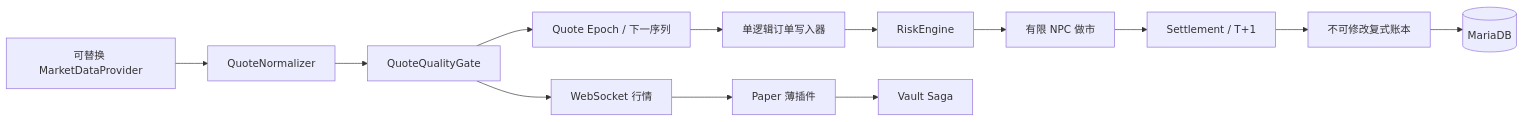
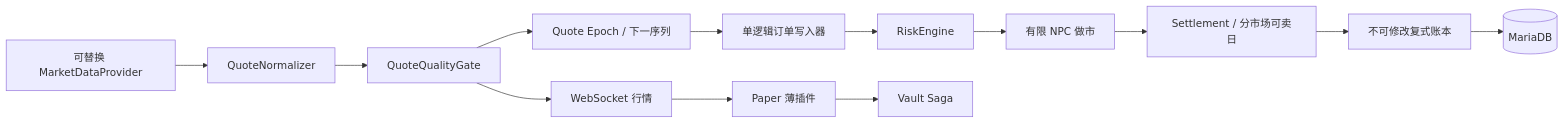
One commit to EllanStudio/AStockExchange changed the diagram in README.md. Above: the diagram before and after it, drawn with Mermaid. The commit also changed other lines of this file and 37 other files, not shown here.

````diff
--- a/README.md
+++ b/README.md
@@ -15,15 +25,15 @@
 ```mermaid
 flowchart LR
     MD["可替换 MarketDataProvider"] --> N["QuoteNormalizer"]
     N --> Q["QuoteQualityGate"]
     Q --> E["Quote Epoch / 下一序列"]
     E --> O["单逻辑订单写入器"]
     O --> R["RiskEngine"]
     R --> M["有限 NPC 做市"]
-    M --> S["Settlement / T+1"]
+    M --> S["Settlement / 分市场可卖日"]
     S --> L["不可修改复式账本"]
     L --> DB[("MariaDB")]
     Q --> WS["WebSocket 行情"]
     WS --> P["Paper 薄插件"]
     P --> V["Vault Saga"]
 ```
````
